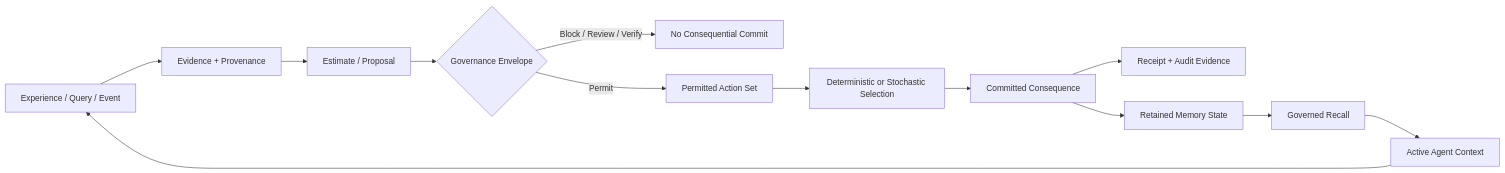
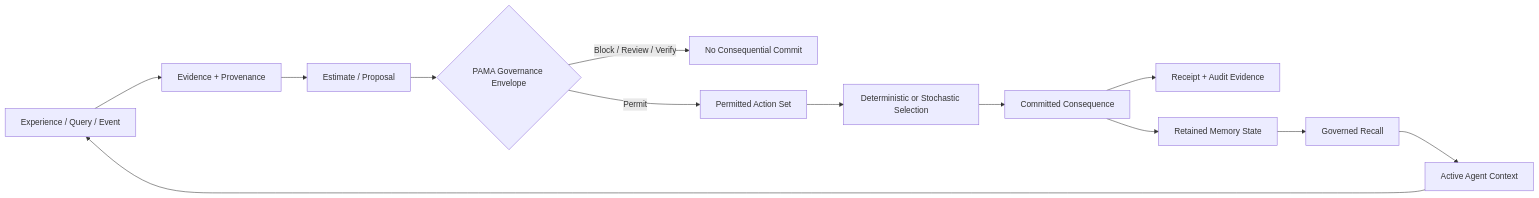
One commit to MythologIQ-Labs-LLC/agent-memory changed the first of 2 diagrams in README.md. Above: the diagram before and after it, drawn with Mermaid. The commit also changed other lines of this file and 22 other files, not shown here.

````diff
--- a/README.md
+++ b/README.md
@@ -99,15 +132,15 @@
 ```mermaid
 flowchart LR
     A[Experience / Query / Event] --> B[Evidence + Provenance]
     B --> C[Estimate / Proposal]
-    C --> D{Governance Envelope}
+    C --> D{PAMA Governance Envelope}
     D -->|Block / Review / Verify| E[No Consequential Commit]
     D -->|Permit| F[Permitted Action Set]
     F --> G[Deterministic or Stochastic Selection]
     G --> H[Committed Consequence]
     H --> I[Receipt + Audit Evidence]
     H --> J[Retained Memory State]
     J --> K[Governed Recall]
     K --> L[Active Agent Context]
     L --> A
 ```
````
